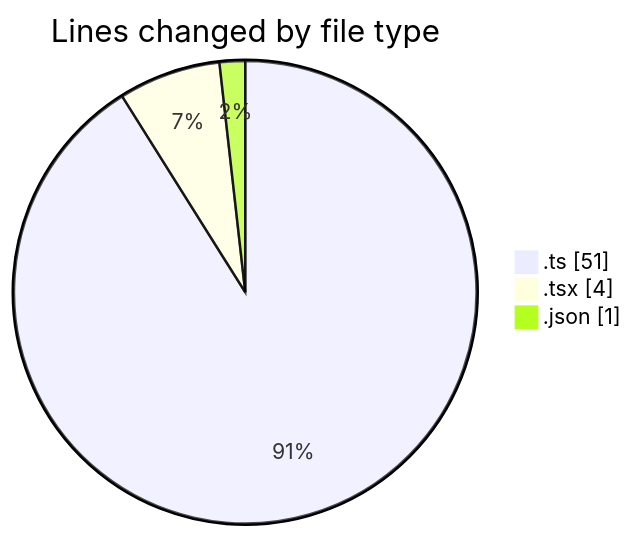
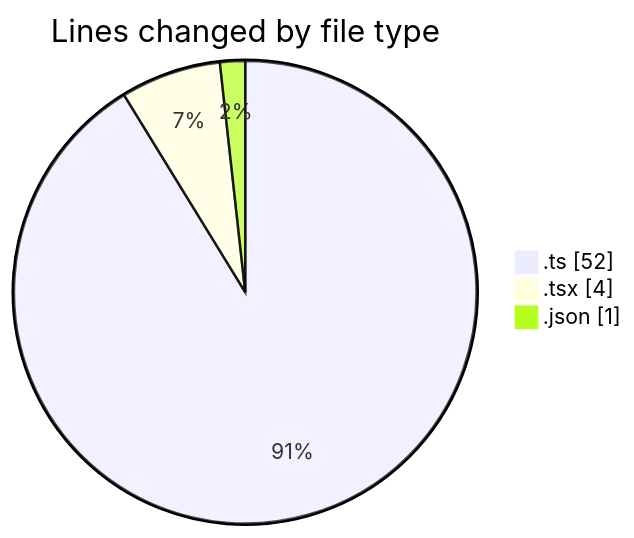
One commit to momahboobian/code-tracking changed the first of 2 diagrams in 2026-05-07/cda/README.md. Above: the diagram before and after it, drawn with Mermaid. The commit also changed other lines of this file and 1 other file, not shown here.

````diff
--- a/2026-05-07/cda/README.md
+++ b/2026-05-07/cda/README.md
@@ -23,7 +23,7 @@
 ```mermaid
 pie showData
 title Lines changed by file type
-".ts" : 51
+".ts" : 52
 ".tsx" : 4
 ".json" : 1
 ```
````
